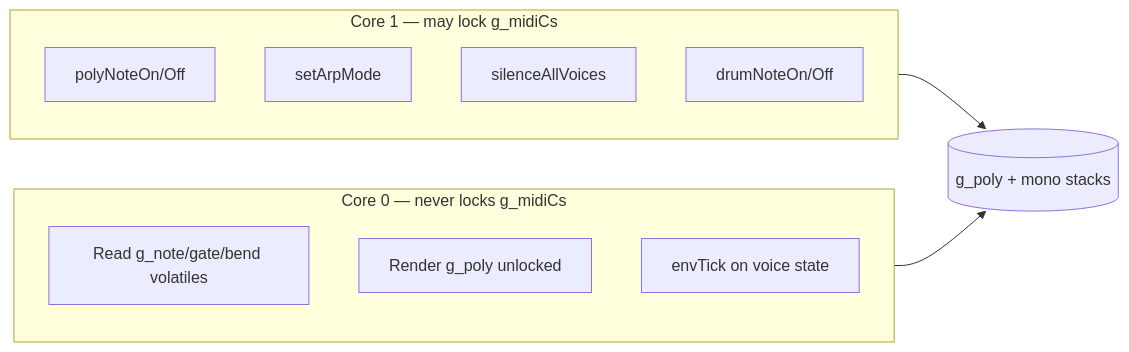
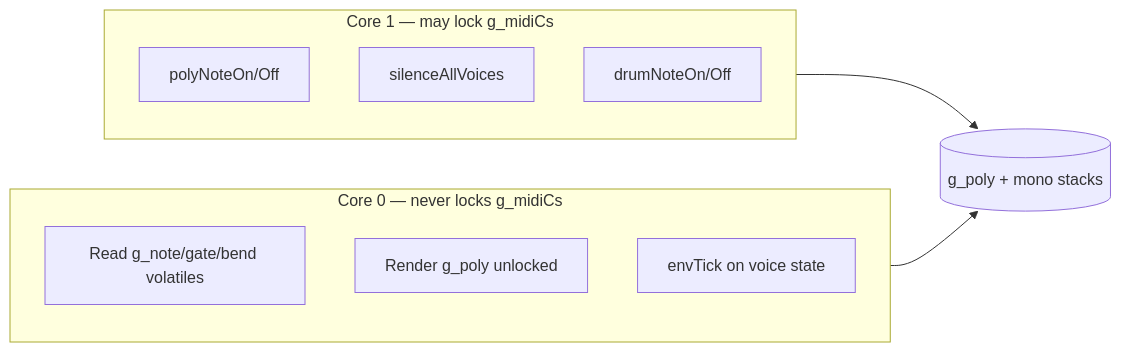
The tenth of 10 diagrams in releases/92_usb_midi_host_synth/docs/CONTROL_FLOW.md (TomWhitwell/Workshop_Computer), drawn with Mermaid before and after one commit. The commit also changed other lines of this file and 24 other files, not shown here.

````diff
--- a/releases/92_usb_midi_host_synth/docs/CONTROL_FLOW.md
+++ b/releases/92_usb_midi_host_synth/docs/CONTROL_FLOW.md
@@ -368,18 +367,17 @@
 ```mermaid
 flowchart LR
     subgraph Core1_writes["Core 1 — may lock g_midiCs"]
         W1[polyNoteOn/Off]
-        W2[setArpMode]
-        W3[silenceAllVoices]
-        W4[drumNoteOn/Off]
+        W2[silenceAllVoices]
+        W3[drumNoteOn/Off]
     end
 
     subgraph Core0_reads["Core 0 — never locks g_midiCs"]
         R1[Read g_note/gate/bend volatiles]
         R2[Render g_poly unlocked]
         R3[envTick on voice state]
     end
 
     Core1_writes --> GV[(g_poly + mono stacks)]
     Core0_reads --> GV
 ```
````
